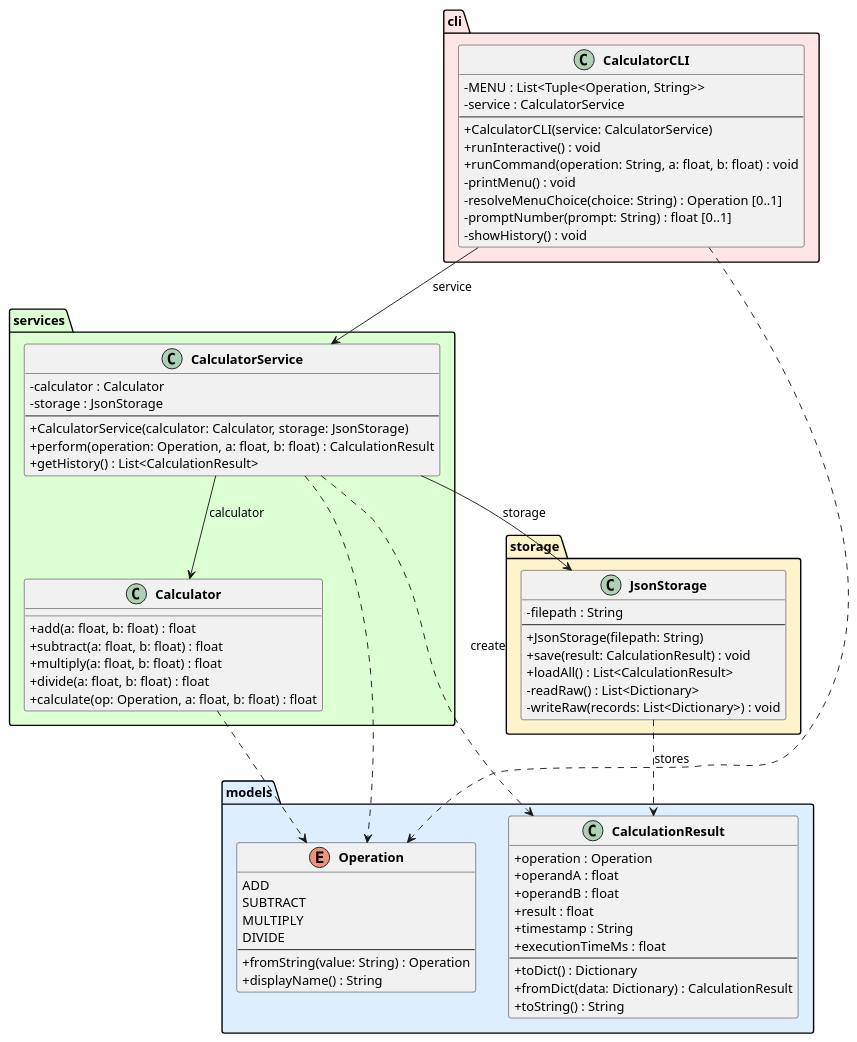
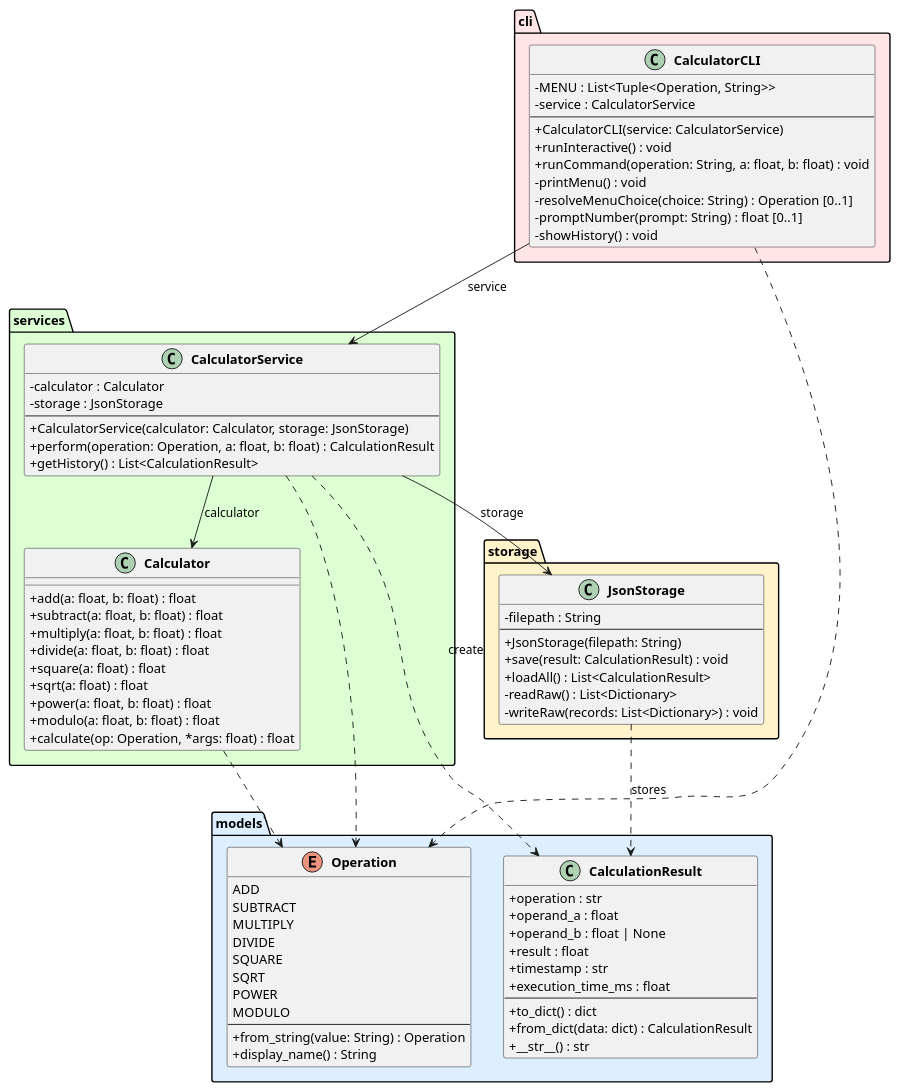
The diagram in experiments/supervisor_as_tools/user_stories/calculator/artifacts/class_diagram.puml (DanielRiha8906/Software_autoevolution_using_agents), drawn with PlantUML before and after one commit. The commit also changed 15 other files, not shown here.

```diff
--- a/experiments/supervisor_as_tools/user_stories/calculator/artifacts/class_diagram.puml
+++ b/experiments/supervisor_as_tools/user_stories/calculator/artifacts/class_diagram.puml
@@ -1,87 +1,95 @@
 @startuml class_diagram
 
 skinparam classAttributeIconSize 0
 skinparam classFontStyle bold
 
 package "models" #DDEEFF {
     enum Operation {
         ADD
         SUBTRACT
         MULTIPLY
         DIVIDE
+        SQUARE
+        SQRT
+        POWER
+        MODULO
         --
-        +fromString(value: String) : Operation
-        +displayName() : String
+        +from_string(value: String) : Operation
+        +display_name() : String
     }
 
     class CalculationResult {
-        +operation : Operation
-        +operandA : float
-        +operandB : float
+        +operation : str
+        +operand_a : float
+        +operand_b : float | None
         +result : float
-        +timestamp : String
-        +executionTimeMs : float
+        +timestamp : str
+        +execution_time_ms : float
         --
-        +toDict() : Dictionary
-        +fromDict(data: Dictionary) : CalculationResult
-        +toString() : String
+        +to_dict() : dict
+        +from_dict(data: dict) : CalculationResult
+        +__str__() : str
     }
 }
 
 package "services" #DDFFD4 {
     class Calculator {
         +add(a: float, b: float) : float
         +subtract(a: float, b: float) : float
         +multiply(a: float, b: float) : float
         +divide(a: float, b: float) : float
-        +calculate(op: Operation, a: float, b: float) : float
+        +square(a: float) : float
+        +sqrt(a: float) : float
+        +power(a: float, b: float) : float
+        +modulo(a: float, b: float) : float
+        +calculate(op: Operation, *args: float) : float
     }
 
     class CalculatorService {
         -calculator : Calculator
         -storage : JsonStorage
         --
         +CalculatorService(calculator: Calculator, storage: JsonStorage)
         +perform(operation: Operation, a: float, b: float) : CalculationResult
         +getHistory() : List<CalculationResult>
     }
 }
 
 package "storage" #FFF3CC {
     class JsonStorage {
         -filepath : String
         --
         +JsonStorage(filepath: String)
         +save(result: CalculationResult) : void
         +loadAll() : List<CalculationResult>
         -readRaw() : List<Dictionary>
         -writeRaw(records: List<Dictionary>) : void
     }
 }
 
 package "cli" #FFE5E5 {
     class CalculatorCLI {
         -MENU : List<Tuple<Operation, String>>
         -service : CalculatorService
         --
         +CalculatorCLI(service: CalculatorService)
         +runInteractive() : void
         +runCommand(operation: String, a: float, b: float) : void
         -printMenu() : void
         -resolveMenuChoice(choice: String) : Operation [0..1]
         -promptNumber(prompt: String) : float [0..1]
         -showHistory() : void
     }
 }
 
 CalculatorCLI --> CalculatorService : service
 CalculatorService --> Calculator : calculator
 CalculatorService --> JsonStorage : storage
 
 CalculatorService ..> CalculationResult : create
 CalculatorService ..> Operation
 CalculatorCLI ..> Operation
 Calculator ..> Operation
 JsonStorage ..> CalculationResult : stores
 
 @enduml
```
